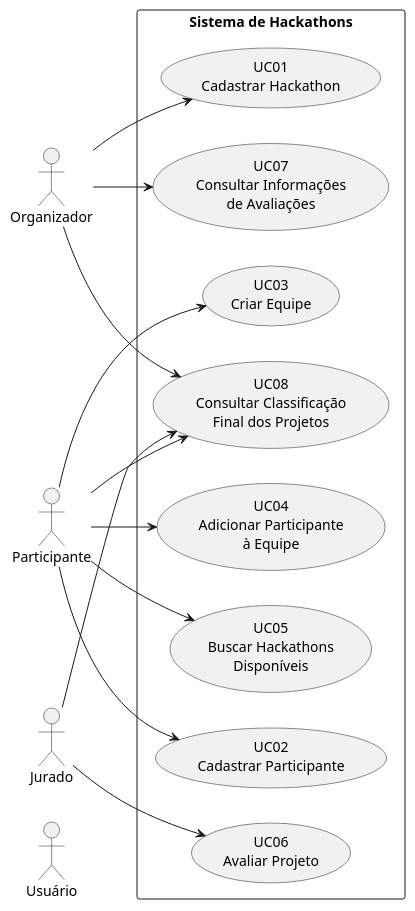
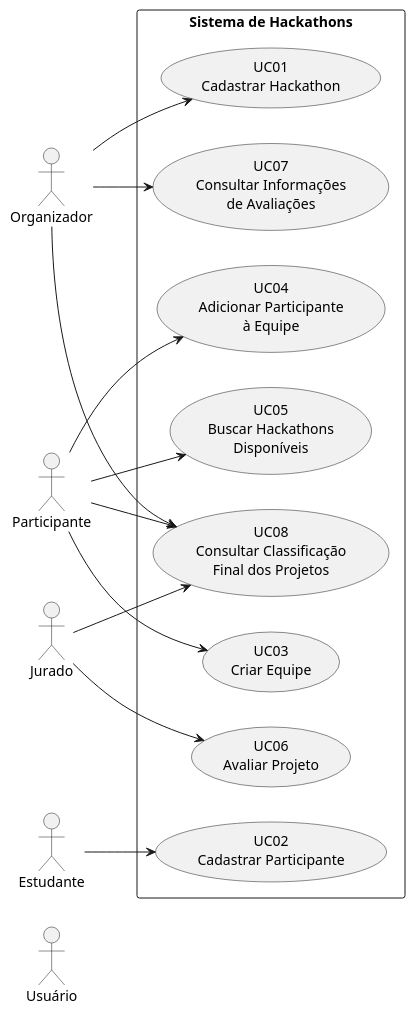
One commit to papatrock/es-hackathon changed the diagram in diagramas/caso-de-uso/UC01_cadastrar-hackaton.puml. Above: the diagram before and after it, drawn with PlantUML.

Commit message:
fix: diagrama de caso de uso

```diff
--- a/diagramas/caso-de-uso/UC01_cadastrar-hackaton.puml
+++ b/diagramas/caso-de-uso/UC01_cadastrar-hackaton.puml
@@ -1,37 +1,38 @@
 @startuml Diagrama de Casos de Uso
 
 left to right direction
 
 actor "Usuário" as Usuario
 actor Organizador
 actor Participante
 actor Jurado
+actor Estudante
 
 rectangle "Sistema de Hackathons" {
     usecase "UC01\nCadastrar Hackathon" as UC01
     usecase "UC02\nCadastrar Participante" as UC02
     usecase "UC03\nCriar Equipe" as UC03
     usecase "UC04\nAdicionar Participante\nà Equipe" as UC04
     usecase "UC05\nBuscar Hackathons\nDisponíveis" as UC05
 
     usecase "UC06\nAvaliar Projeto" as UC06
     usecase "UC07\nConsultar Informações\nde Avaliações" as UC07
     usecase "UC08\nConsultar Classificação\nFinal dos Projetos" as UC08
 }
 
 
 
 Organizador --> UC01
 Organizador --> UC07
 Organizador --> UC08
 
-Participante --> UC02
+Estudante --> UC02
 Participante --> UC03
 Participante --> UC04
 Participante --> UC05
 Participante --> UC08
 
 Jurado --> UC06
 Jurado --> UC08
 
 @enduml
```
